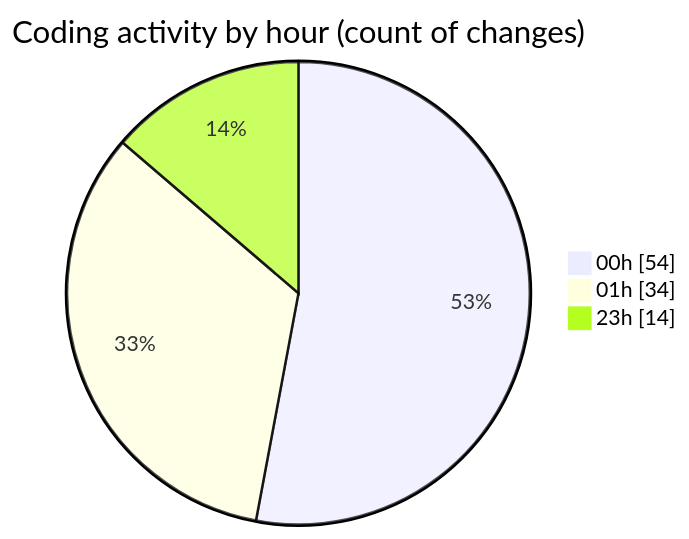
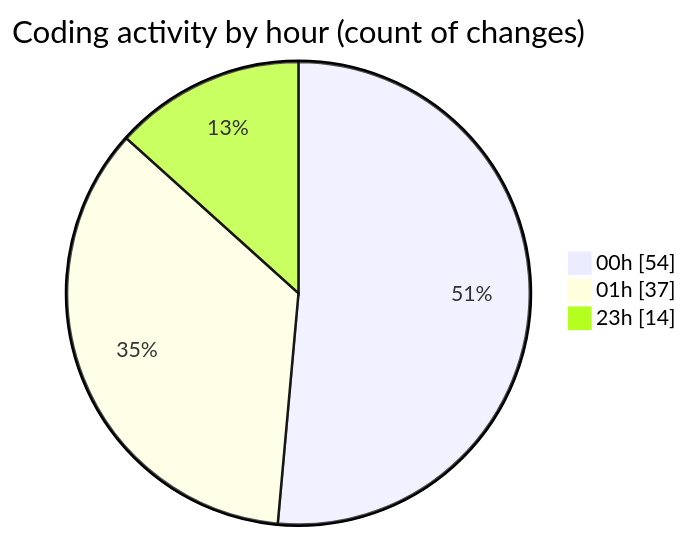
One commit to lephambinh05/code-tracking changed the second of 2 diagrams in 2025-08-20/quytuthien_vn/README.md. Above: the diagram before and after it, drawn with Mermaid. The commit also changed other lines of this file and 1 other file, not shown here.

````diff
--- a/2025-08-20/quytuthien_vn/README.md
+++ b/2025-08-20/quytuthien_vn/README.md
@@ -83,7 +84,7 @@
 ```mermaid
 pie showData
 title Coding activity by hour (count of changes)
 "00h" : 54
-"01h" : 34
+"01h" : 37
 "23h" : 14
 ```
````
